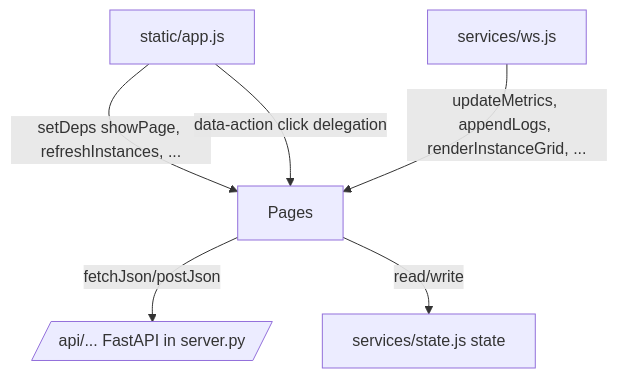
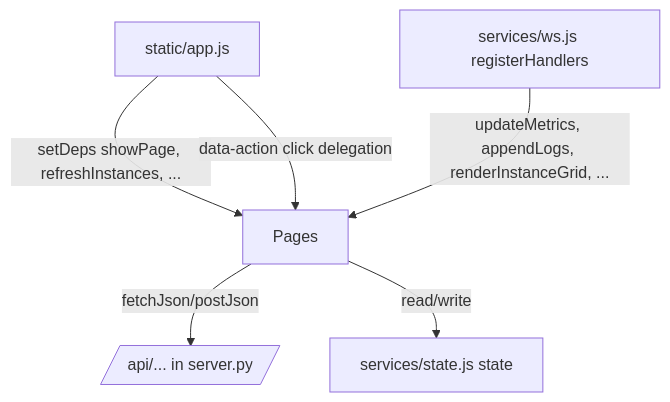
Before and after one commit to NikolasMarkou/fsm_llm: the diagram in src/fsm_llm/monitor/static/pages/CLAUDE.md, drawn with Mermaid. The commit also changed other lines of this file and 49 other files, not shown here.

````diff
--- a/src/fsm_llm/monitor/static/pages/CLAUDE.md
+++ b/src/fsm_llm/monitor/static/pages/CLAUDE.md
@@ -12,8 +14,8 @@
 ```mermaid
 flowchart TD
     App[static/app.js] -- setDeps showPage, refreshInstances, ... --> Pages
     App -- data-action click delegation --> Pages
-    WS[services/ws.js] -- updateMetrics, appendLogs, renderInstanceGrid, ... --> Pages
-    Pages -- fetchJson/postJson --> API[/api/... FastAPI in server.py/]
+    WS[services/ws.js registerHandlers] -- updateMetrics, appendLogs, renderInstanceGrid, ... --> Pages
+    Pages -- fetchJson/postJson --> API[/api/... in server.py/]
     Pages -- read/write --> State[services/state.js state]
 ```
````
